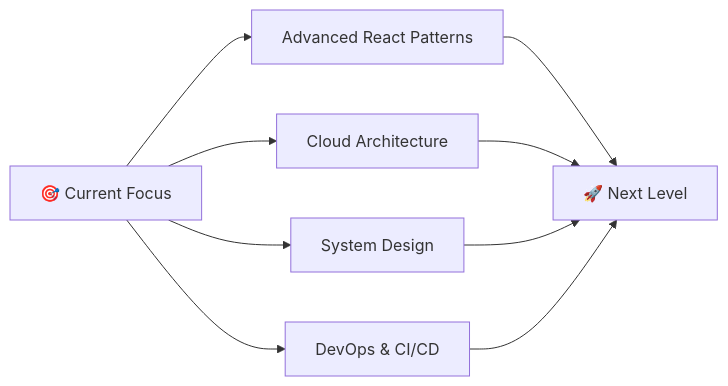
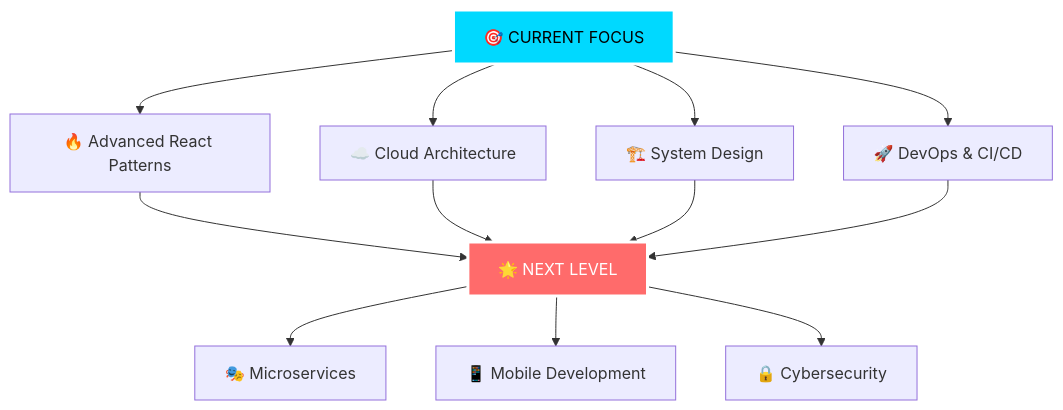
One commit to NadhiefIlmi/NadhiefIlmi changed the diagram in README.md. Above: the diagram before and after it, drawn with Mermaid. The commit also changed other lines of this file, not shown here.

````diff
--- a/README.md
+++ b/README.md
@@ -107,12 +185,19 @@
 ```mermaid
-graph LR
-    A[🎯 Current Focus] --> B[Advanced React Patterns]
-    A --> C[Cloud Architecture]
-    A --> D[System Design]
-    A --> E[DevOps & CI/CD]
+graph TB
+    A[🎯 CURRENT FOCUS] --> B[🔥 Advanced React Patterns]
+    A --> C[☁️ Cloud Architecture]
+    A --> D[🏗️ System Design]
+    A --> E[🚀 DevOps & CI/CD]
     
-    B --> F[🚀 Next Level]
+    B --> F[🌟 NEXT LEVEL]
     C --> F
     D --> F
     E --> F
+    
+    F --> G[🎭 Microservices]
+    F --> H[📱 Mobile Development]
+    F --> I[🔒 Cybersecurity]
+    
+    style A fill:#00d9ff,stroke:#ffffff,stroke-width:3px,color:#000000
+    style F fill:#ff6b6b,stroke:#ffffff,stroke-width:3px,color:#ffffff
 ```
````
